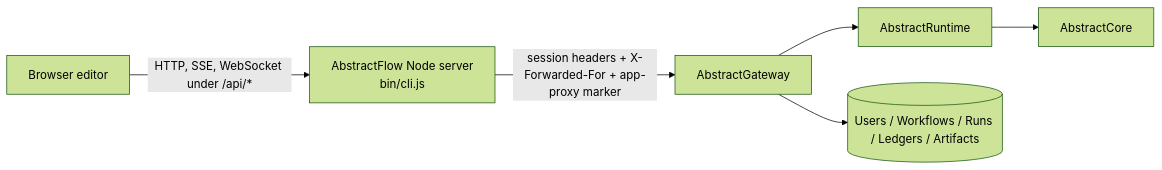
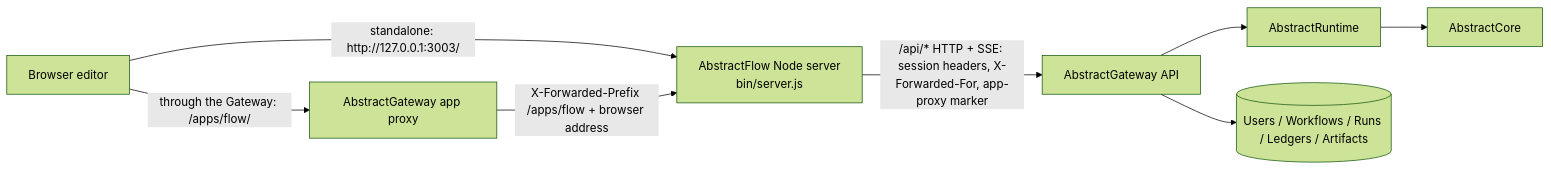
One commit to lpalbou/AbstractFlow changed the first of 4 diagrams in docs/architecture.md. Above: the diagram before and after it, drawn with Mermaid (forest theme). The commit also changed other lines of this file and 11 other files, not shown here.

Commit message:
docs: served under the gateway at /apps/flow/, shared launch flags, the local gateway pointer, base-path contract; entity-chat/goodbye success+meta; CHANGELOG [Unreleased]; llms regenerated

````diff
--- a/docs/architecture.md
+++ b/docs/architecture.md
@@ -43,8 +43,10 @@
 ```mermaid
 flowchart LR
-  Browser[Browser editor] -->|HTTP, SSE, WebSocket under /api/*| Flow[AbstractFlow Node server<br/>bin/cli.js]
-  Flow -->|session headers + X-Forwarded-For + app-proxy marker| Gateway[AbstractGateway]
+  Browser[Browser editor] -->|"standalone: http://127.0.0.1:3003/"| Flow[AbstractFlow Node server<br/>bin/server.js]
+  Browser -->|"through the Gateway: /apps/flow/"| GwProxy[AbstractGateway app proxy]
+  GwProxy -->|"X-Forwarded-Prefix /apps/flow + browser address"| Flow
+  Flow -->|"/api/* HTTP + SSE: session headers, X-Forwarded-For, app-proxy marker"| Gateway[AbstractGateway API]
   Gateway --> Runtime[AbstractRuntime]
   Runtime --> Core[AbstractCore]
   Gateway --> Stores[(Users / Workflows / Runs / Ledgers / Artifacts)]
 ```
````
